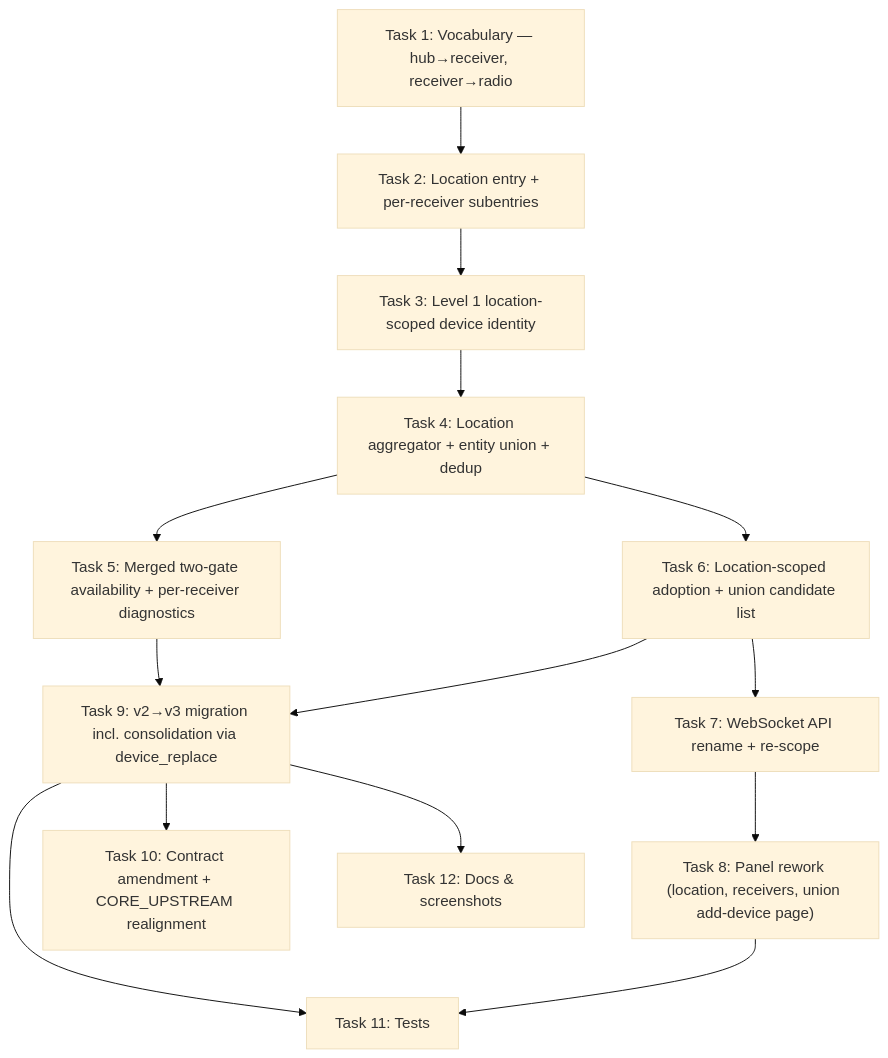
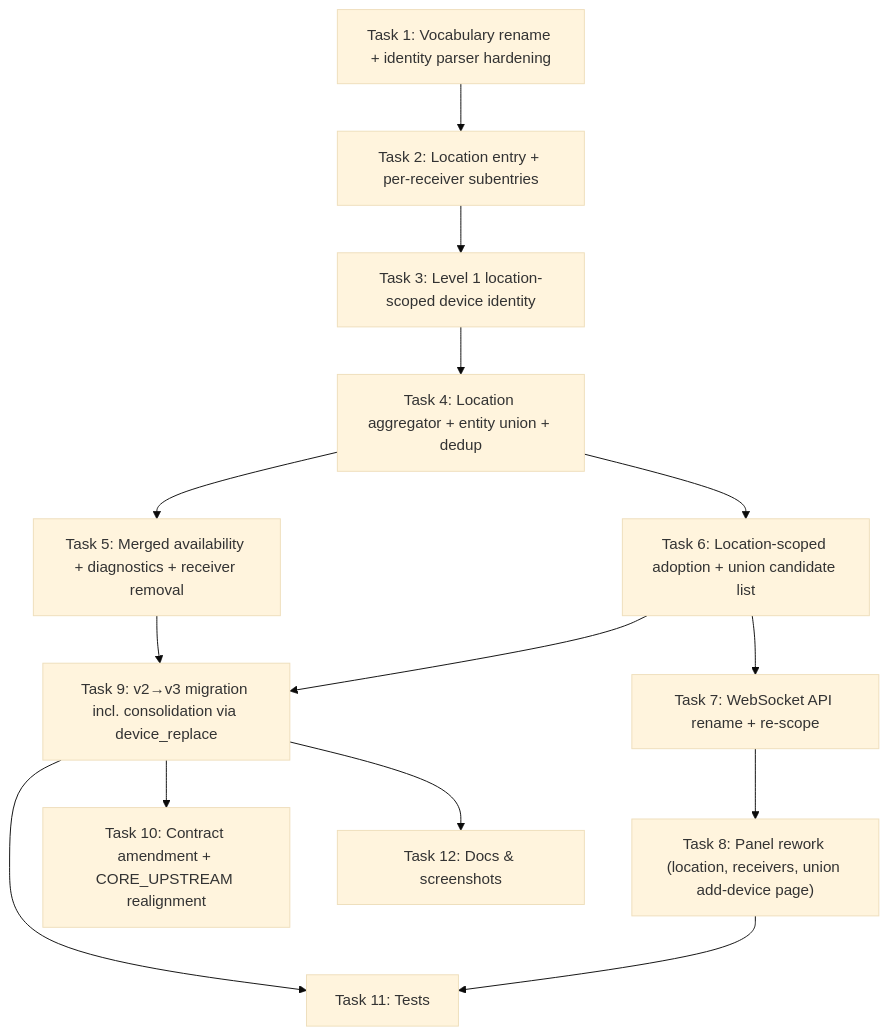
Before and after one commit to rtl-433-hass/rtl_433: the third of 3 diagrams in .ai/strikethroo/plans/27--union-devices-across-receivers/plan-27--union-devices-across-receivers.md, drawn with Mermaid (base theme). The commit also changed other lines of this file, not shown here.

````diff
--- a/.ai/strikethroo/plans/27--union-devices-across-receivers/plan-27--union-devices-across-receivers.md
+++ b/.ai/strikethroo/plans/27--union-devices-across-receivers/plan-27--union-devices-across-receivers.md
@@ -409,24 +464,24 @@
 ```mermaid
 graph TD
-    T1["Task 1: Vocabulary — hub→receiver, receiver→radio"]
+    T1["Task 1: Vocabulary rename + identity parser hardening"]
     T2["Task 2: Location entry + per-receiver subentries"]
     T3["Task 3: Level 1 location-scoped device identity"]
     T4["Task 4: Location aggregator + entity union + dedup"]
-    T5["Task 5: Merged two-gate availability + per-receiver diagnostics"]
+    T5["Task 5: Merged availability + diagnostics + receiver removal"]
     T6["Task 6: Location-scoped adoption + union candidate list"]
     T7["Task 7: WebSocket API rename + re-scope"]
     T8["Task 8: Panel rework (location, receivers, union add-device page)"]
     T9["Task 9: v2→v3 migration incl. consolidation via device_replace"]
     T10["Task 10: Contract amendment + CORE_UPSTREAM realignment"]
     T11["Task 11: Tests"]
     T12["Task 12: Docs & screenshots"]
     T1 --> T2 --> T3 --> T4 --> T5
     T4 --> T6
     T5 --> T9
     T6 --> T7 --> T8
     T6 --> T9
     T9 --> T10
     T9 --> T11
     T9 --> T12
     T8 --> T11
 ```
````
